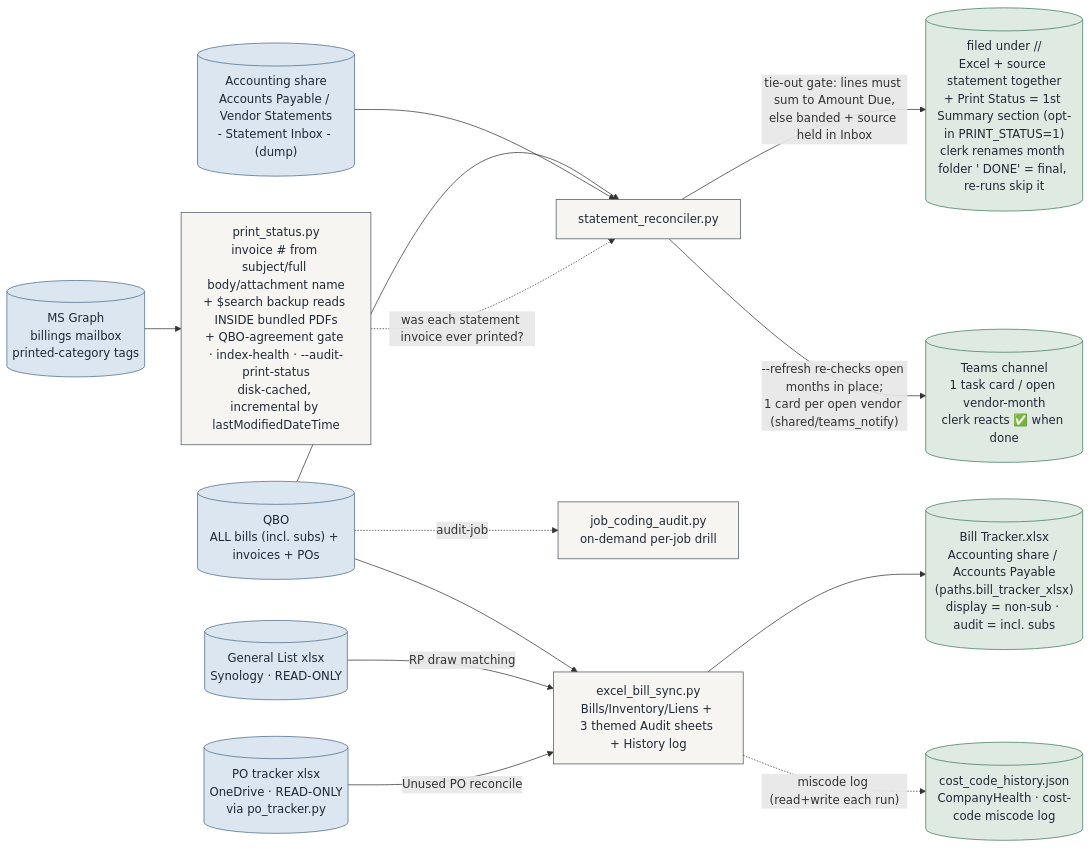
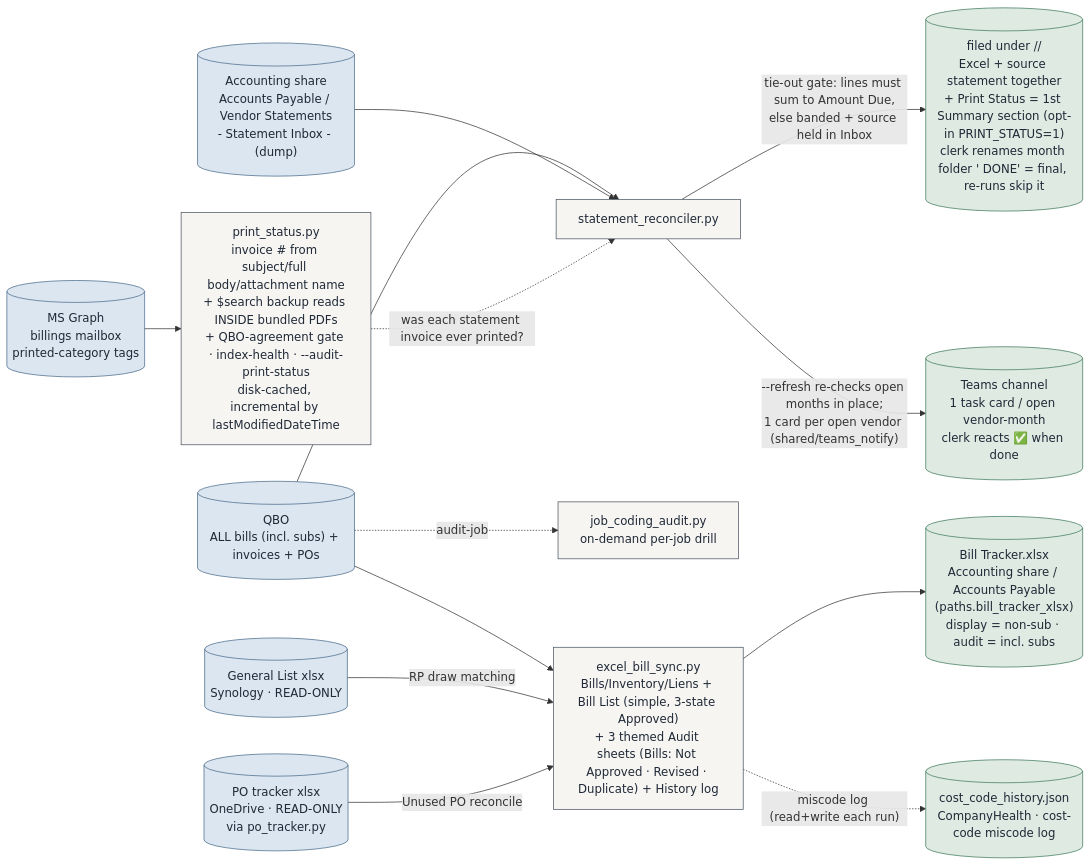
Before and after one commit to Ecarlo-Proficient/Claude-Report: the second of 6 diagrams in docs/ARCHITECTURE.md, drawn with Mermaid. The commit also changed other lines of this file and 6 other files, not shown here.

Commit message:
bill-tracker: Bill List sheet (one row per bill, three-state Approved - QBO's API returns no approval status) + Revised issue in Audit - Bills; xlsx_verify unescapes XML before the header check

````diff
--- a/docs/ARCHITECTURE.md
+++ b/docs/ARCHITECTURE.md
@@ -225,30 +225,30 @@
 ```mermaid
 flowchart LR
     classDef src fill:#dbe6f0,stroke:#4A6B8A,color:#1f2937
     classDef tool fill:#f6f5f1,stroke:#4b5563,color:#1f2937
     classDef out fill:#dfeae2,stroke:#3E7A5C,color:#1f2937
 
     QBO[("QBO\nALL bills (incl. subs) + invoices + POs")]:::src
     NAS[("Accounting share\nAccounts Payable / Vendor Statements\n- Statement Inbox - (dump)")]:::src
     GL[("General List xlsx\nSynology · READ-ONLY")]:::src
     POT[("PO tracker xlsx\nOneDrive · READ-ONLY\nvia po_tracker.py")]:::src
     MBX[("MS Graph\nbillings mailbox\nprinted-category tags")]:::src
-    BT["excel_bill_sync.py\nBills/Inventory/Liens + 3 themed Audit sheets + History log"]:::tool
+    BT["excel_bill_sync.py\nBills/Inventory/Liens + Bill List (simple, 3-state Approved)\n+ 3 themed Audit sheets (Bills: Not Approved · Revised · Duplicate) + History log"]:::tool
     JCA["job_coding_audit.py\non-demand per-job drill"]:::tool
     SR["statement_reconciler.py"]:::tool
     PS["print_status.py\ninvoice # from subject/full body/attachment name\n+ $search backup reads INSIDE bundled PDFs\n+ QBO-agreement gate · index-health · --audit-print-status\ndisk-cached, incremental by lastModifiedDateTime"]:::tool
     BX[("Bill Tracker.xlsx\nAccounting share / Accounts Payable\n(paths.bill_tracker_xlsx)\ndisplay = non-sub · audit = incl. subs")]:::out
     CCH[("cost_code_history.json\nCompanyHealth · cost-code miscode log")]:::out
     RX[("filed under <Vendor>/<MM-YYYY>/\nExcel + source statement together\n+ Print Status = 1st Summary section (opt-in PRINT_STATUS=1)\nclerk renames month folder '<MM-YYYY> DONE' = final, re-runs skip it")]:::out
     TEAMS[("Teams channel\n1 task card / open vendor-month\nclerk reacts ✅ when done")]:::out
 
     QBO --> BT --> BX
     BT -. "miscode log (read+write each run)" .-> CCH
     QBO -. "audit-job" .-> JCA
     GL -- "RP draw matching" --> BT
     POT -- "Unused PO reconcile" --> BT
     QBO --> SR
     NAS --> SR -- "tie-out gate: lines must sum to Amount Due,\nelse banded + source held in Inbox" --> RX
     SR -- "--refresh re-checks open months in place;\n1 card per open vendor (shared/teams_notify)" --> TEAMS
     MBX --> PS -. "was each statement invoice ever printed?" .-> SR
 ```
````
